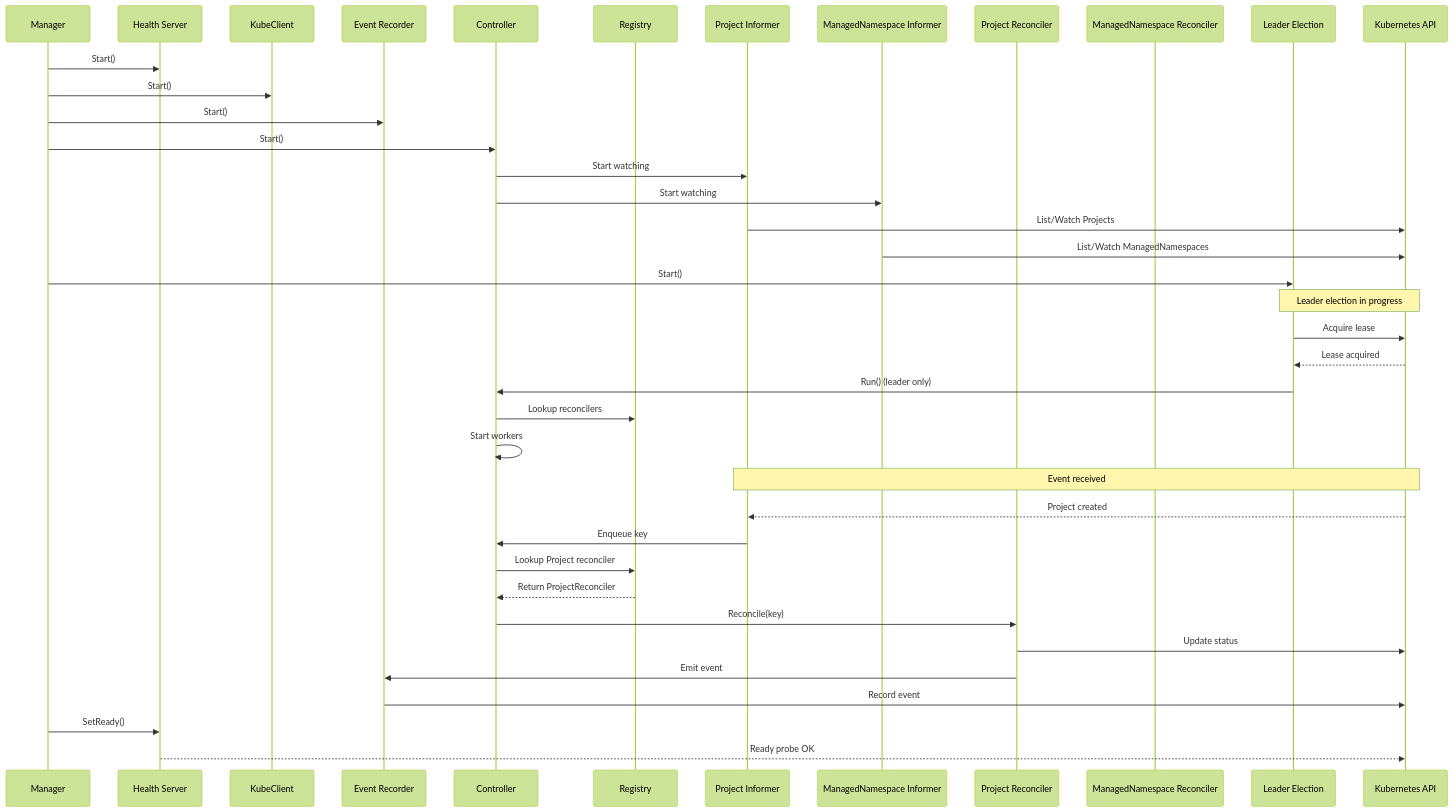
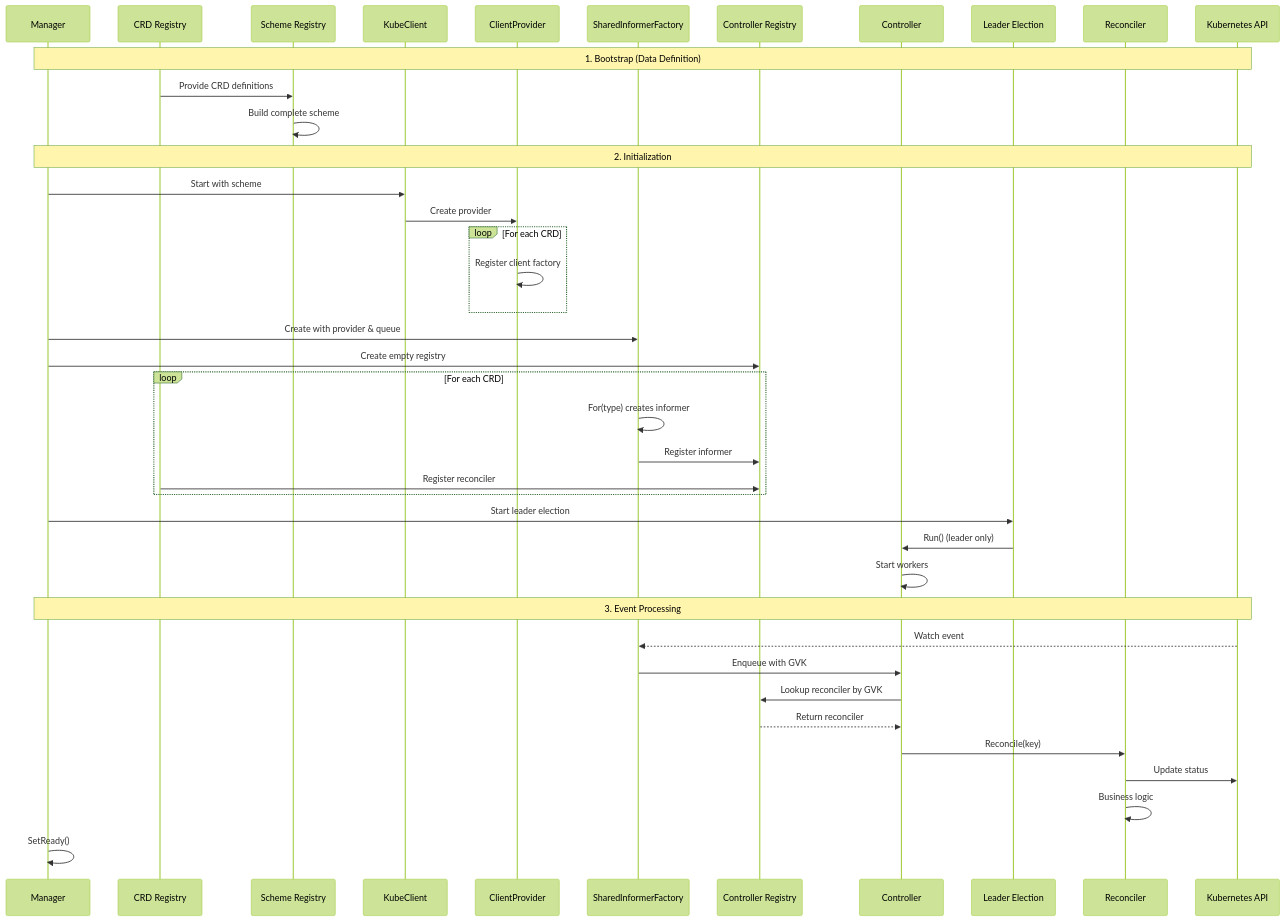
The second of 2 diagrams in docs/ComponentDeepDive.md (iAlexeze/kubernetes-crd-example), drawn with Mermaid (forest theme) before and after one commit. The commit also changed other lines of this file and 23 other files, not shown here.

First line of the commit message:
feat(registry): implement three-registry architecture for zero-boilerplate CRD management

````diff
--- a/docs/ComponentDeepDive.md
+++ b/docs/ComponentDeepDive.md
@@ -284,46 +521,50 @@
 ```mermaid
 sequenceDiagram
     participant M as Manager
-    participant HS as Health Server
-    participant KC as KubeClient
-    participant EV as Event Recorder
+    participant CR as CRD Registry
+    participant SR as Scheme Registry
+    participant K as KubeClient
+    participant P as ClientProvider
+    participant F as SharedInformerFactory
+    participant CTR as Controller Registry
     participant C as Controller
-    participant R as Registry
-    participant PI as Project Informer
-    participant MI as ManagedNamespace Informer
-    participant PR as Project Reconciler
-    participant MR as ManagedNamespace Reconciler
     participant LE as Leader Election
-    participant K8s as Kubernetes API
-
-    M->>HS: Start()
-    M->>KC: Start()
-    M->>EV: Start()
-    M->>C: Start()
-    C->>PI: Start watching
-    C->>MI: Start watching
-    PI->>K8s: List/Watch Projects
-    MI->>K8s: List/Watch ManagedNamespaces
-    M->>LE: Start()
+    participant R as Reconciler
+    participant API as Kubernetes API
     
-    Note over LE,K8s: Leader election in progress
+    Note over M,API: 1. Bootstrap (Data Definition)
+    CR->>SR: Provide CRD definitions
+    SR->>SR: Build complete scheme
     
-    LE->>K8s: Acquire lease
-    K8s-->>LE: Lease acquired
+    Note over M,API: 2. Initialization
+    M->>K: Start with scheme
+    K->>P: Create provider
+    
+    loop For each CRD
+        P->>P: Register client factory
+    end
+    
+    M->>F: Create with provider & queue
+    M->>CTR: Create empty registry
+    
+    loop For each CRD
+        F->>F: For(type) creates informer
+        F->>CTR: Register informer
+        CR->>CTR: Register reconciler
+    end
+    
+    M->>LE: Start leader election
     LE->>C: Run() (leader only)
-    C->>R: Lookup reconcilers
     C->>C: Start workers
     
-    Note over PI,K8s: Event received
-    K8s-->>PI: Project created
-    PI->>C: Enqueue key
-    C->>R: Lookup Project reconciler
-    R-->>C: Return ProjectReconciler
-    C->>PR: Reconcile(key)
-    PR->>K8s: Update status
-    PR->>EV: Emit event
-    EV->>K8s: Record event
+    Note over M,API: 3. Event Processing
+    API-->>F: Watch event
+    F->>C: Enqueue with GVK
+    C->>CTR: Lookup reconciler by GVK
+    CTR-->>C: Return reconciler
+    C->>R: Reconcile(key)
+    R->>API: Update status
+    R->>R: Business logic
     
-    M->>HS: SetReady()
-    HS-->>K8s: Ready probe OK
+    M->>M: SetReady()
 ```
````
